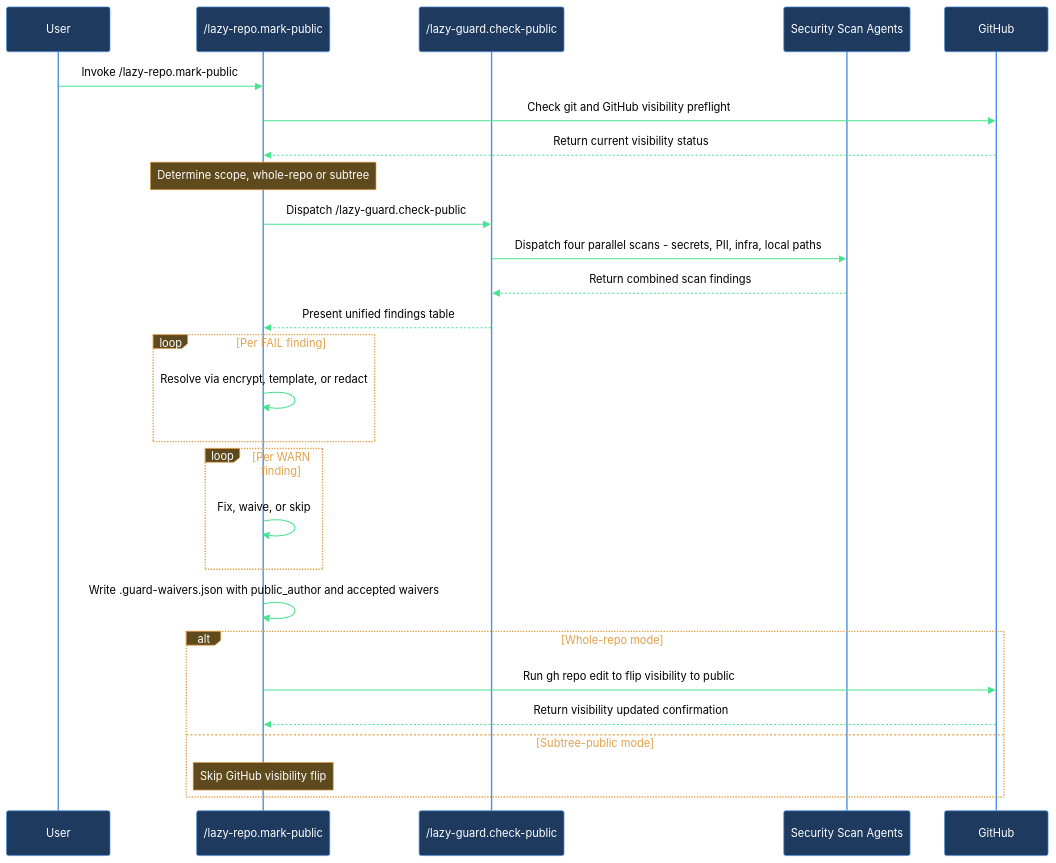
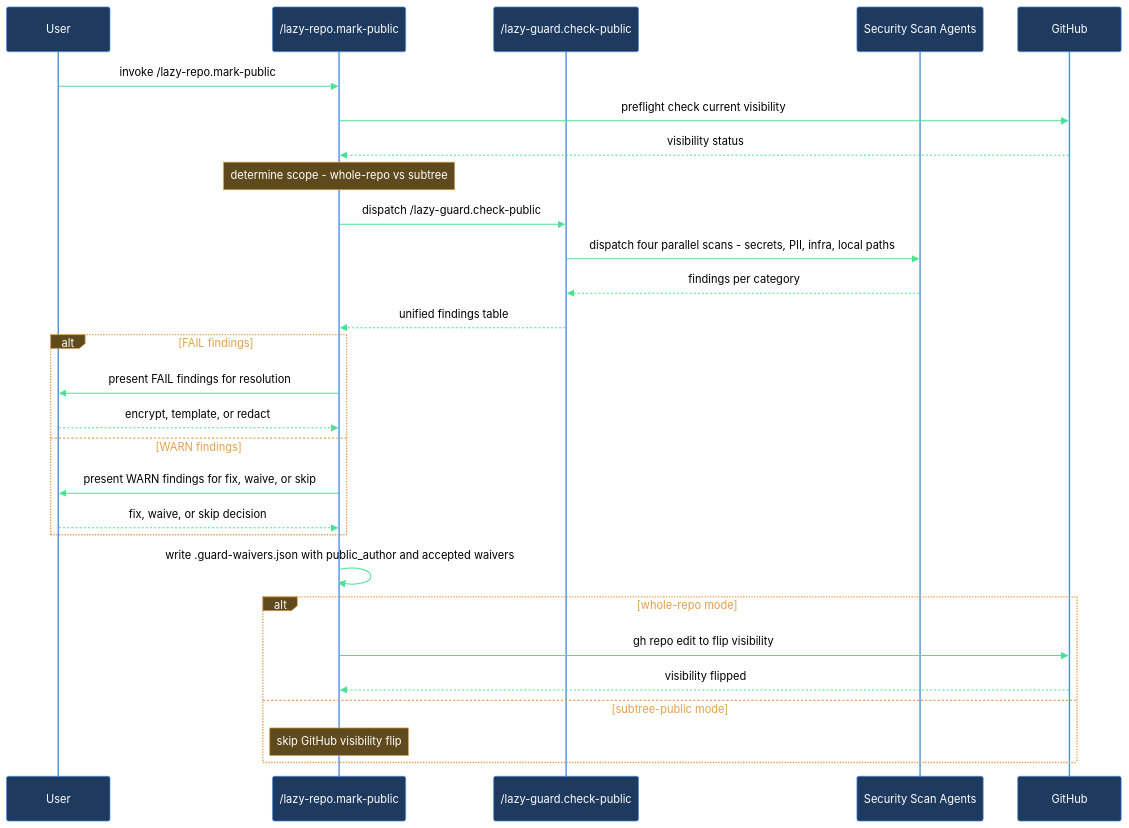
Before and after one commit to mebius-san/lazy-cortex: the diagram in claude/lazycortex-core/help/walkthroughs/make-repo-public.md, drawn with Mermaid. The commit also changed other lines of this file and 64 other files, not shown here.

````diff
--- a/claude/lazycortex-core/help/walkthroughs/make-repo-public.md
+++ b/claude/lazycortex-core/help/walkthroughs/make-repo-public.md
@@ -120,31 +120,32 @@
 ```mermaid
 %%{init: {'themeVariables':{'background':'transparent','primaryColor':'#1e3a5f','primaryBorderColor':'#4a90e2','primaryTextColor':'#fff','lineColor':'#4ae290','actorBkg':'#1e3a5f','actorBorder':'#4a90e2','actorTextColor':'#fff','actorLineColor':'#4a90e2','signalColor':'#4ae290','signalTextColor':'#000','noteBkgColor':'#5f4a1e','noteBorderColor':'#e2a14a','noteTextColor':'#fff','labelBoxBkgColor':'#5f4a1e','labelBoxBorderColor':'#e2a14a','labelTextColor':'#fff','loopTextColor':'#e2a14a'},'sequence':{'diagramPadding':5,'useMaxWidth':true}}}%%
 sequenceDiagram
   participant user as User
   participant markPublic as /lazy-repo.mark-public
-  participant guardCheck as /lazy-guard.check-public
+  participant checkPublic as /lazy-guard.check-public
   participant scanAgents as Security Scan Agents
   participant github as GitHub
 
-  user->>markPublic: Invoke /lazy-repo.mark-public
-  markPublic->>github: Check git and GitHub visibility preflight
-  github-->>markPublic: Return current visibility status
-  Note over markPublic: Determine scope, whole-repo or subtree
-  markPublic->>guardCheck: Dispatch /lazy-guard.check-public
-  guardCheck->>scanAgents: Dispatch four parallel scans - secrets, PII, infra, local paths
-  scanAgents-->>guardCheck: Return combined scan findings
-  guardCheck-->>markPublic: Present unified findings table
-  loop Per FAIL finding
-    markPublic->>markPublic: Resolve via encrypt, template, or redact
+  user->>markPublic: invoke /lazy-repo.mark-public
+  markPublic->>github: preflight check current visibility
+  github-->>markPublic: visibility status
+  Note over markPublic: determine scope - whole-repo vs subtree
+  markPublic->>checkPublic: dispatch /lazy-guard.check-public
+  checkPublic->>scanAgents: dispatch four parallel scans - secrets, PII, infra, local paths
+  scanAgents-->>checkPublic: findings per category
+  checkPublic-->>markPublic: unified findings table
+  alt FAIL findings
+    markPublic->>user: present FAIL findings for resolution
+    user-->>markPublic: encrypt, template, or redact
+  else WARN findings
+    markPublic->>user: present WARN findings for fix, waive, or skip
+    user-->>markPublic: fix, waive, or skip decision
   end
-  loop Per WARN finding
-    markPublic->>markPublic: Fix, waive, or skip
-  end
-  markPublic->>markPublic: Write .guard-waivers.json with public_author and accepted waivers
-  alt Whole-repo mode
-    markPublic->>github: Run gh repo edit to flip visibility to public
-    github-->>markPublic: Return visibility updated confirmation
-  else Subtree-public mode
-    Note over markPublic: Skip GitHub visibility flip
+  markPublic->>markPublic: write .guard-waivers.json with public_author and accepted waivers
+  alt whole-repo mode
+    markPublic->>github: gh repo edit to flip visibility
+    github-->>markPublic: visibility flipped
+  else subtree-public mode
+    Note over markPublic: skip GitHub visibility flip
   end
 ```
````
